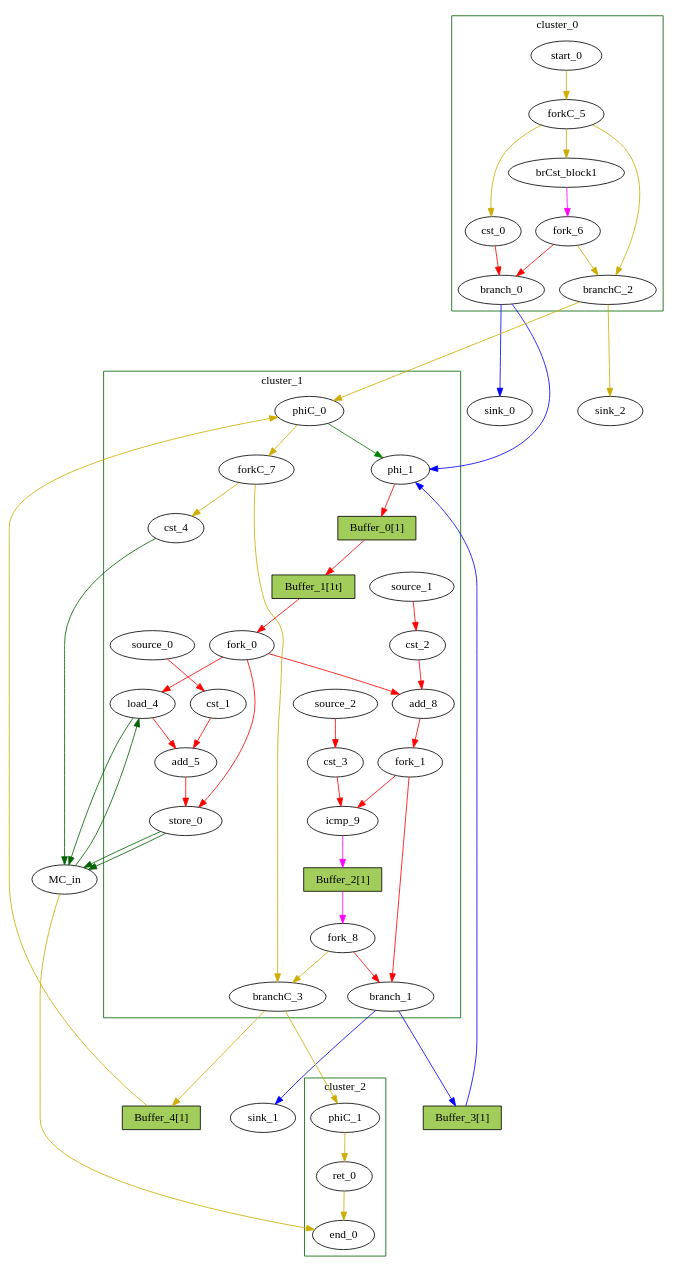
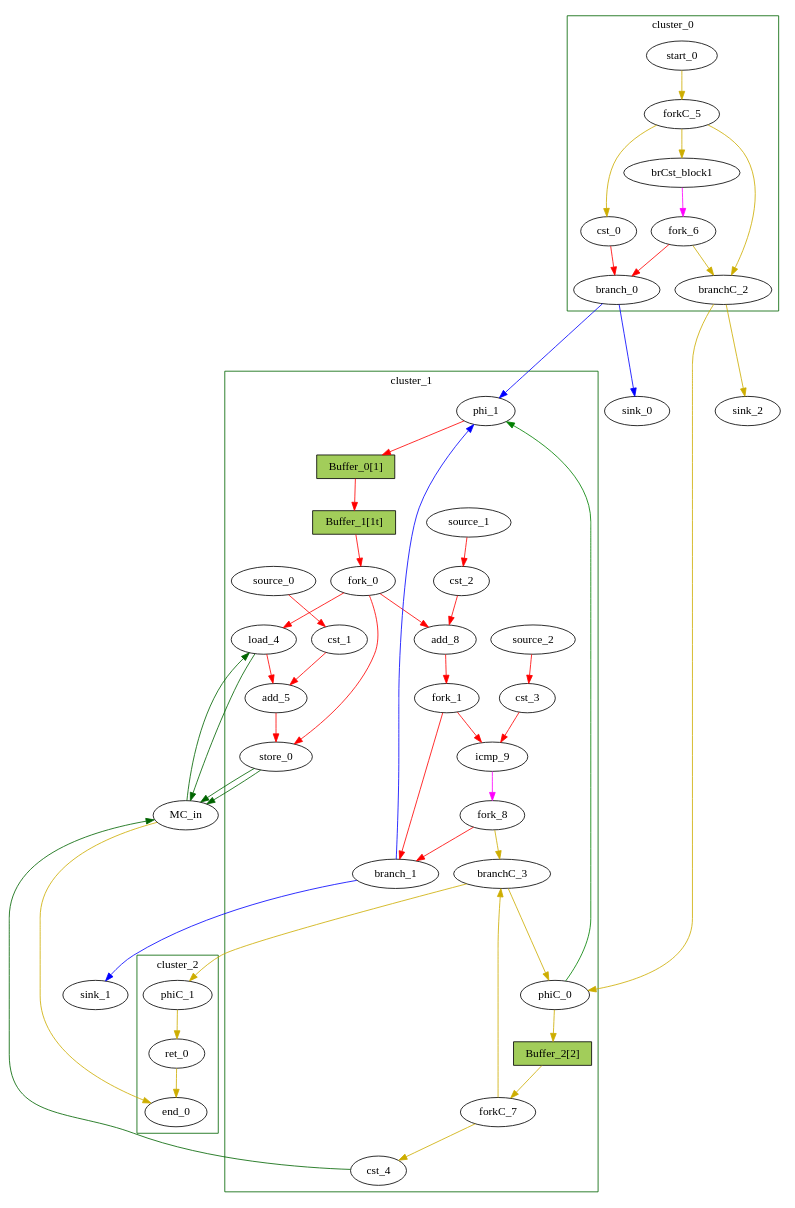
Before and after one commit to Nozidoali/MapBuf: the diagram in RegressionTest/BestResults/invertion/invertion_milp.dot, drawn with Graphviz. The commit also changed 10 other files, not shown here.

```diff
--- a/RegressionTest/BestResults/invertion/invertion_milp.dot
+++ b/RegressionTest/BestResults/invertion/invertion_milp.dot
@@ -1,105 +1,101 @@
 Digraph G {
 	splines=spline;
+	subgraph cluster_cluster_0 {
+	color = "darkgreen";
+label = "cluster_0";
+		"brCst_block1" [type="Constant", in="in1:1", out="out1:1", bbID=1, value="0x1"];
+		"cst_0" [type="Constant", in="in1:1", out="out1:1", bbID=1, value="0x00000000"];
+		"branch_0" [type="Branch", in="in1:1 in2?:1", out="out1+:1 out2-:1", bbID=1];
+		"start_0" [type="Entry", in="in1:0", out="out1:0", bbID=1, control="true"];
+		"forkC_5" [type="Fork", in="in1:0", out="out1:0 out2:0 out3:0 ", bbID=1];
+		"branchC_2" [type="Branch", in="in1:0 in2?:1", out="out1+:0 out2-:0", bbID=1];
+		"fork_6" [type="Fork", in="in1:1", out="out1:1 out2:1 ", bbID=1];
+	}
 	subgraph cluster_cluster_1 {
 	color = "darkgreen";
 label = "cluster_1";
 		"phi_1" [type="Mux", in="in1?:1 in2:10 in3:10 ", out="out1:10", bbID=2, delay=1.397];
 		"load_4" [type="Operator", in="in1:32 in2:10 ", out="out1:32 out2:10 ", bbID=2, II=1, delay=1.412, latency=2, op="mc_load_op", portId=0];
 		"cst_1" [type="Constant", in="in1:32", out="out1:32", bbID=2, value="0xFFFFFFFF"];
 		"add_5" [type="Operator", in="in1:32 in2:32 ", out="out1:32 ", bbID=2, II=1, delay=2.287, latency=0, op="add_op"];
 		"store_0" [type="Operator", in="in1:32 in2:10 ", out="out1:32 out2:10 ", bbID=2, II=1, delay=0.672, latency=0, op="mc_store_op", portId=0];
 		"cst_2" [type="Constant", in="in1:1", out="out1:1", bbID=2, value="0x00000001"];
 		"add_8" [type="Operator", in="in1:10 in2:10 ", out="out1:10 ", bbID=2, II=1, delay=2.287, latency=0, op="add_op"];
 		"cst_3" [type="Constant", in="in1:10", out="out1:10", bbID=2, value="0x000003E9"];
 		"icmp_9" [type="Operator", in="in1:10 in2:10 ", out="out1:1 ", bbID=2, II=1, delay=1.907, latency=0, op="icmp_ult_op"];
 		"fork_0" [type="Fork", in="in1:10", out="out1:10 out2:10 out3:10 ", bbID=2];
 		"fork_1" [type="Fork", in="in1:10", out="out1:10 out2:10 ", bbID=2];
 		"branch_1" [type="Branch", in="in1:10 in2?:1", out="out1+:10 out2-:10", bbID=2];
 		"cst_4" [type="Constant", in="in1:1", out="out1:1", bbID=2, value="0x00000001"];
 		"phiC_0" [type="CntrlMerge", in="in1:0 in2:0 ", out="out1:0 out2?:1", bbID=2, delay=0.0];
 		"forkC_7" [type="Fork", in="in1:0", out="out1:0 out2:0 ", bbID=2];
 		"branchC_3" [type="Branch", in="in1:0 in2?:1", out="out1+:0 out2-:0", bbID=2];
 		"fork_8" [type="Fork", in="in1:1", out="out1:1 out2:1 ", bbID=2];
 		"source_0" [type="Source", out="out1:32", bbID=2];
 		"source_1" [type="Source", out="out1:1", bbID=2];
 		"source_2" [type="Source", out="out1:10", bbID=2];
 		"Buffer_0" [type="Buffer", in="in1:32", out="out1:32", bbID=3, fillcolor="darkolivegreen3", height=0.4, label="Buffer_0[1]", shape="box", slots=1, style="filled", transparent="false"];
 		"Buffer_1" [type="Buffer", in="in1:32", out="out1:32", bbID=3, fillcolor="darkolivegreen3", height=0.4, label="Buffer_1[1t]", shape="box", slots=1, style="filled", transparent="true"];
-		"Buffer_2" [type="Buffer", in="in1:32", out="out1:32", bbID=3, fillcolor="darkolivegreen3", height=0.4, label="Buffer_2[1]", shape="box", slots=1, style="filled", transparent="false"];
+		"Buffer_2" [type="Buffer", in="in1:32", out="out1:32", bbID=3, fillcolor="darkolivegreen3", height=0.4, label="Buffer_2[2]", shape="box", slots=2, style="filled", transparent="false"];
 	}
 	subgraph cluster_cluster_2 {
 	color = "darkgreen";
 label = "cluster_2";
 		"ret_0" [type="Operator", in="in1:0 ", out="out1:0 ", bbID=3, II=1, delay=0.0, latency=0, op="ret_op"];
 		"end_0" [type="Exit", in="in1:0*e in2:0 ", out="out1:0", bbID=0];
 		"phiC_1" [type="Merge", in="in1:0 ", out="out1:0", bbID=3, delay=0.0];
 	}
-	subgraph cluster_cluster_0 {
-	color = "darkgreen";
-label = "cluster_0";
-		"brCst_block1" [type="Constant", in="in1:1", out="out1:1", bbID=1, value="0x1"];
-		"cst_0" [type="Constant", in="in1:1", out="out1:1", bbID=1, value="0x00000000"];
-		"branch_0" [type="Branch", in="in1:1 in2?:1", out="out1+:1 out2-:1", bbID=1];
-		"start_0" [type="Entry", in="in1:0", out="out1:0", bbID=1, control="true"];
-		"forkC_5" [type="Fork", in="in1:0", out="out1:0 out2:0 out3:0 ", bbID=1];
-		"branchC_2" [type="Branch", in="in1:0 in2?:1", out="out1+:0 out2-:0", bbID=1];
-		"fork_6" [type="Fork", in="in1:1", out="out1:1 out2:1 ", bbID=1];
-	}
 		"MC_in" [type="MC", in="in1:32*c0 in2:10*l0a in3:10*s0a in4:32*s0d ", out="out1:32*l0d out2:0*e ", bbID=0, bbcount=1, ldcount=1, memory="in", stcount=1];
 		"sink_0" [type="Sink", in="in1:1", bbID=0];
 		"sink_1" [type="Sink", in="in1:10", bbID=0];
 		"sink_2" [type="Sink", in="in1:0", bbID=0];
-		"Buffer_3" [type="Buffer", in="in1:32", out="out1:32", bbID=3, fillcolor="darkolivegreen3", height=0.4, label="Buffer_3[1]", shape="box", slots=1, style="filled", transparent="false"];
-		"Buffer_4" [type="Buffer", in="in1:32", out="out1:32", bbID=3, fillcolor="darkolivegreen3", height=0.4, label="Buffer_4[1]", shape="box", slots=1, style="filled", transparent="false"];
 		"brCst_block1" -> "fork_6" [color = "magenta", from = "out1", to = "in1"];
 		"cst_0" -> "branch_0" [color = "red", from = "out1", to = "in1"];
 		"phi_1" -> "Buffer_0" [color = "red", from = "out1", to = "in1"];
 		"load_4" -> "add_5" [color = "red", from = "out1", to = "in1"];
 		"load_4" -> "MC_in" [color = "darkgreen", mem_address = "true", from = "out2", to = "in2"];
 		"cst_1" -> "add_5" [color = "red", from = "out1", to = "in2"];
 		"add_5" -> "store_0" [color = "red", from = "out1", to = "in1"];
 		"store_0" -> "MC_in" [color = "darkgreen", mem_address = "true", from = "out2", to = "in3"];
 		"store_0" -> "MC_in" [color = "darkgreen", mem_address = "false", from = "out1", to = "in4"];
 		"cst_2" -> "add_8" [color = "red", from = "out1", to = "in2"];
 		"add_8" -> "fork_1" [color = "red", from = "out1", to = "in1"];
 		"cst_3" -> "icmp_9" [color = "red", from = "out1", to = "in2"];
-		"icmp_9" -> "Buffer_2" [color = "magenta", from = "out1", to = "in1"];
+		"icmp_9" -> "fork_8" [color = "magenta", from = "out1", to = "in1"];
 		"ret_0" -> "end_0" [color = "gold3", from = "out1", to = "in2"];
 		"fork_0" -> "load_4" [color = "red", from = "out2", to = "in2"];
 		"fork_0" -> "store_0" [color = "red", from = "out3", to = "in2"];
 		"fork_0" -> "add_8" [color = "red", from = "out1", to = "in1"];
 		"fork_1" -> "icmp_9" [color = "red", from = "out1", to = "in1"];
 		"fork_1" -> "branch_1" [color = "red", from = "out2", to = "in1"];
 		"branch_0" -> "phi_1" [color = "blue", from = "out1", to = "in2", minlen = 3];
 		"branch_0" -> "sink_0" [color = "blue", from = "out2", to = "in1", minlen = 3];
+		"branch_1" -> "phi_1" [color = "blue", from = "out1", to = "in3", minlen = 3];
 		"branch_1" -> "sink_1" [color = "blue", from = "out2", to = "in1", minlen = 3];
-		"branch_1" -> "Buffer_3" [color = "blue", from = "out1", to = "in1", minlen = 3];
 		"MC_in" -> "load_4" [color = "darkgreen", mem_address = "false", from = "out1", to = "in1"];
 		"MC_in" -> "end_0" [color = "gold3", from = "out2", to = "in1"];
 		"cst_4" -> "MC_in" [color = "darkgreen", from = "out1", to = "in1"];
 		"start_0" -> "forkC_5" [color = "gold3", from = "out1", to = "in1"];
 		"forkC_5" -> "brCst_block1" [color = "gold3", from = "out3", to = "in1"];
 		"forkC_5" -> "cst_0" [color = "gold3", from = "out1", to = "in1"];
 		"forkC_5" -> "branchC_2" [color = "gold3", from = "out2", to = "in1"];
 		"branchC_2" -> "phiC_0" [color = "gold3", from = "out1", to = "in1", minlen = 3];
 		"branchC_2" -> "sink_2" [color = "gold3", from = "out2", to = "in1", minlen = 3];
 		"fork_6" -> "branch_0" [color = "red", from = "out1", to = "in2"];
 		"fork_6" -> "branchC_2" [color = "gold3", from = "out2", to = "in2"];
 		"phiC_0" -> "phi_1" [color = "green", from = "out2", to = "in1"];
-		"phiC_0" -> "forkC_7" [color = "gold3", from = "out1", to = "in1"];
+		"phiC_0" -> "Buffer_2" [color = "gold3", from = "out1", to = "in1"];
 		"forkC_7" -> "cst_4" [color = "gold3", from = "out1", to = "in1"];
 		"forkC_7" -> "branchC_3" [color = "gold3", from = "out2", to = "in1"];
+		"branchC_3" -> "phiC_0" [color = "gold3", from = "out1", to = "in2", minlen = 3];
 		"branchC_3" -> "phiC_1" [color = "gold3", from = "out2", to = "in1", minlen = 3];
-		"branchC_3" -> "Buffer_4" [color = "gold3", from = "out1", to = "in1", minlen = 3];
 		"fork_8" -> "branch_1" [color = "red", from = "out1", to = "in2"];
 		"fork_8" -> "branchC_3" [color = "gold3", from = "out2", to = "in2"];
 		"phiC_1" -> "ret_0" [color = "gold3", from = "out1", to = "in1"];
 		"source_0" -> "cst_1" [color = "red", from = "out1", to = "in1"];
 		"source_1" -> "cst_2" [color = "red", from = "out1", to = "in1"];
 		"source_2" -> "cst_3" [color = "red", from = "out1", to = "in1"];
 		"Buffer_0" -> "Buffer_1" [color = "red", from = "out1", to = "in1"];
 		"Buffer_1" -> "fork_0" [color = "red", from = "out1", to = "in1"];
-		"Buffer_2" -> "fork_8" [color = "magenta", from = "out1", to = "in1"];
-		"Buffer_3" -> "phi_1" [color = "blue", from = "out1", to = "in3", minlen = 3];
-		"Buffer_4" -> "phiC_0" [color = "gold3", from = "out1", to = "in2", minlen = 3];
+		"Buffer_2" -> "forkC_7" [color = "gold3", from = "out1", to = "in1"];
 }
```
